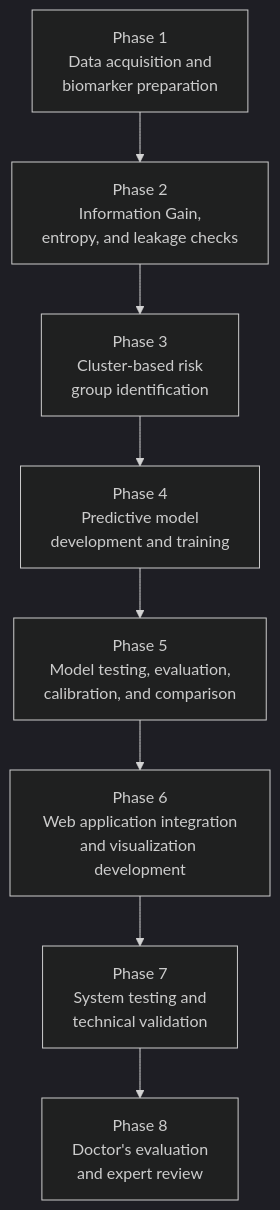
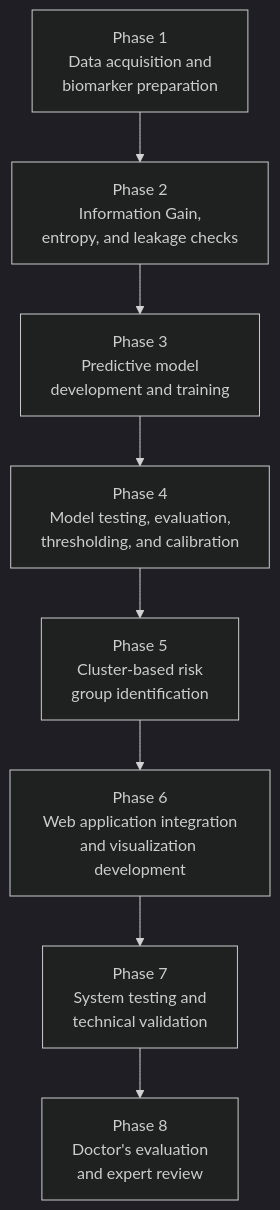
The first of 5 diagrams in docs/07-research/thesis-drafts/ch3+4-final-academic-draft.md (Skufu/DianaV2), drawn with Mermaid (dark theme) before and after one commit. The commit also changed other lines of this file, not shown here.

Commit message:
docs: restructure study phases and update tables to use Phase columns

````diff
--- a/docs/07-research/thesis-drafts/ch3+4-final-academic-draft.md
+++ b/docs/07-research/thesis-drafts/ch3+4-final-academic-draft.md
@@ -19,13 +19,13 @@
 ```mermaid
 flowchart TB
     P1["Phase 1<br/>Data acquisition and<br/>biomarker preparation"]
     P2["Phase 2<br/>Information Gain,<br/>entropy, and leakage checks"]
-    P3["Phase 3<br/>Cluster-based risk<br/>group identification"]
-    P4["Phase 4<br/>Predictive model<br/>development and training"]
-    P5["Phase 5<br/>Model testing, evaluation,<br/>calibration, and comparison"]
+    P3["Phase 3<br/>Predictive model<br/>development and training"]
+    P4["Phase 4<br/>Model testing, evaluation,<br/>thresholding, and calibration"]
+    P5["Phase 5<br/>Cluster-based risk<br/>group identification"]
     P6["Phase 6<br/>Web application integration<br/>and visualization development"]
     P7["Phase 7<br/>System testing and<br/>technical validation"]
     P8["Phase 8<br/>Doctor's evaluation<br/>and expert review"]
 
     P1 --> P2 --> P3 --> P4 --> P5 --> P6 --> P7 --> P8
 ```
````
